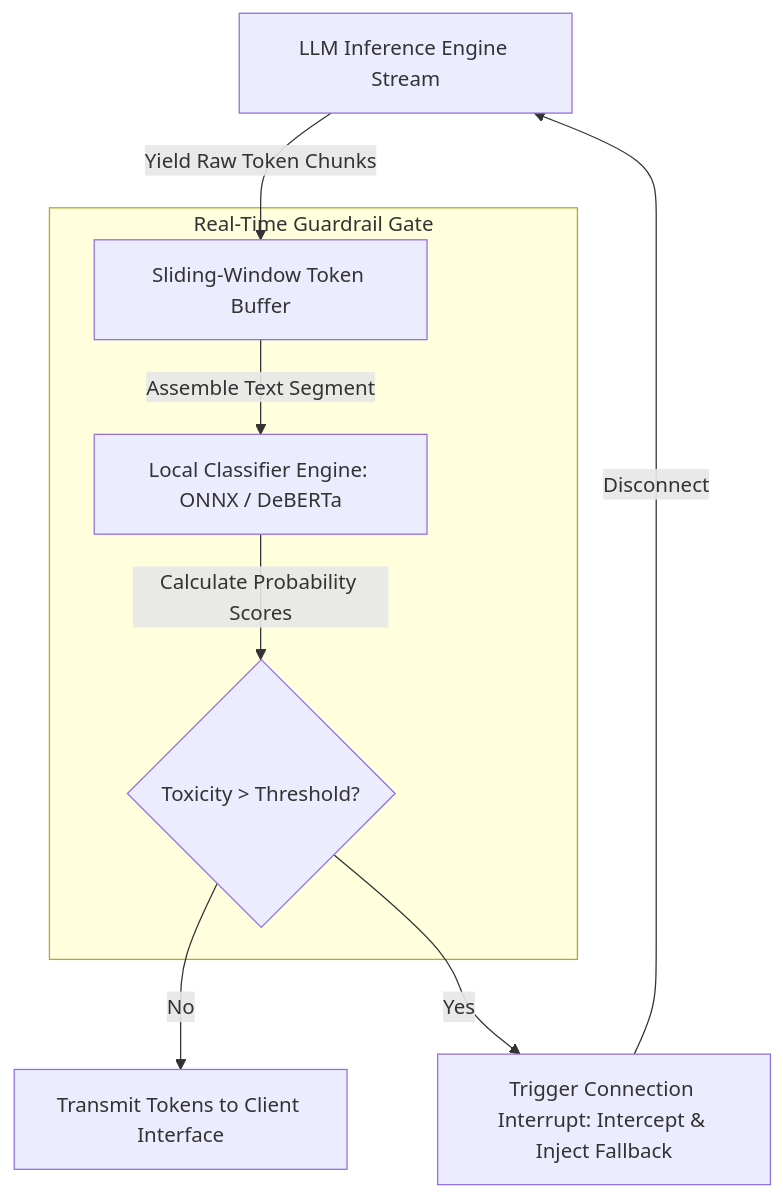
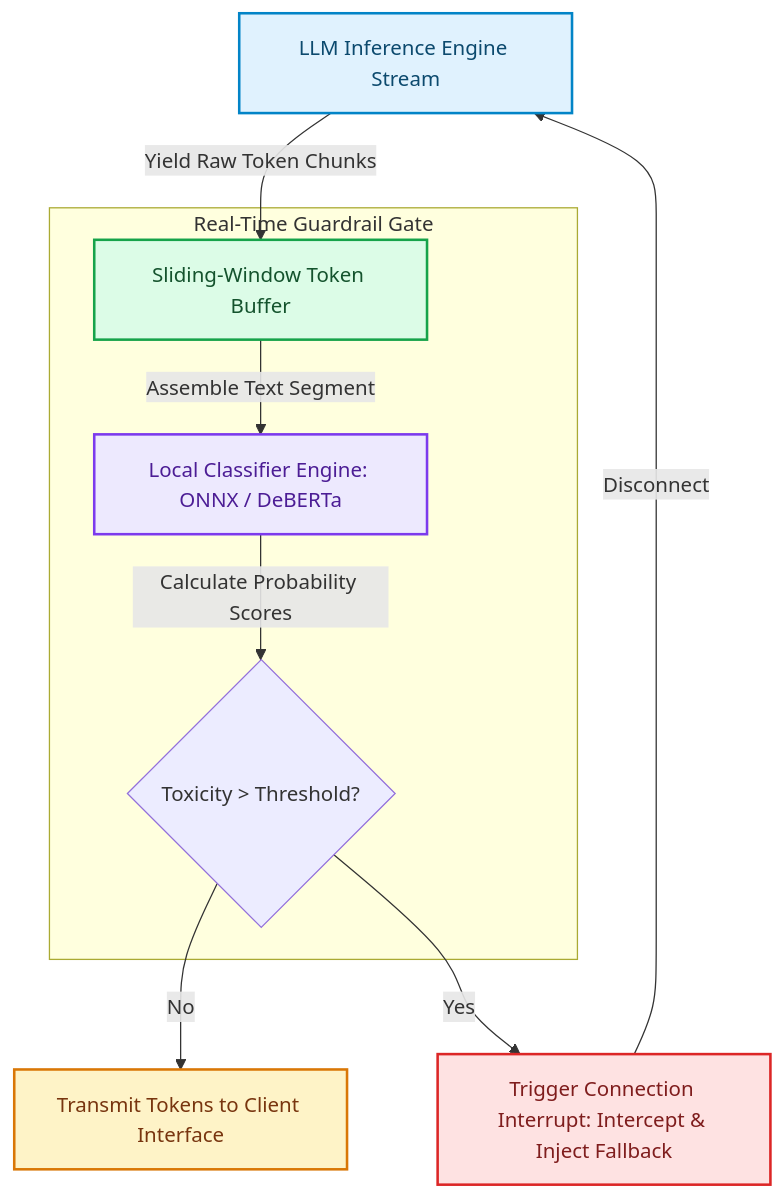
The diagram in blog/posts/real-time-toxicity-bias-scanning-streaming-token-responses.md (akmalkhaniub/akmalkhaniub.github.io), drawn with Mermaid before and after one commit. The commit also changed other lines of this file and 1291 other files, not shown here.

First line of the commit message:
feat(catalog): unique covers, scholarly references, and diagram palettes

````diff
--- a/blog/posts/real-time-toxicity-bias-scanning-streaming-token-responses.md
+++ b/blog/posts/real-time-toxicity-bias-scanning-streaming-token-responses.md
@@ -17,13 +17,24 @@
 ```mermaid
 flowchart TD
-  A[LLM Inference Engine Stream] -->|Yield Raw Token Chunks| B[Sliding-Window Token Buffer]
+  A["LLM Inference Engine Stream"] -->|Yield Raw Token Chunks| B["Sliding-Window Token Buffer"]
   
   subgraph SG1_RealTimeGuardrail ["Real-Time Guardrail Gate"]
-    B -->|Assemble Text Segment| C[Local Classifier Engine: ONNX / DeBERTa]
+    B -->|Assemble Text Segment| C["Local Classifier Engine: ONNX / DeBERTa"]
     C -->|Calculate Probability Scores| D{Toxicity > Threshold?}
   end
   
-  D -->|No| E[Transmit Tokens to Client Interface]
-  D -->|Yes| F[Trigger Connection Interrupt: Intercept & Inject Fallback]
+  D -->|No| E["Transmit Tokens to Client Interface"]
+  D -->|Yes| F["Trigger Connection Interrupt: Intercept & Inject Fallback"]
   F -->|Disconnect| A
+
+classDef green fill:#dcfce7,stroke:#16a34a,stroke-width:2px,color:#14532d;
+classDef red fill:#fee2e2,stroke:#dc2626,stroke-width:2px,color:#7f1d1d;
+classDef blue fill:#e0f2fe,stroke:#0284c7,stroke-width:2px,color:#0c4a6e;
+classDef yellow fill:#fef3c7,stroke:#d97706,stroke-width:2px,color:#78350f;
+classDef purple fill:#ede9fe,stroke:#7c3aed,stroke-width:2px,color:#4c1d95;
+class A blue
+class B green
+class C purple
+class E yellow
+class F red
 ```
````
